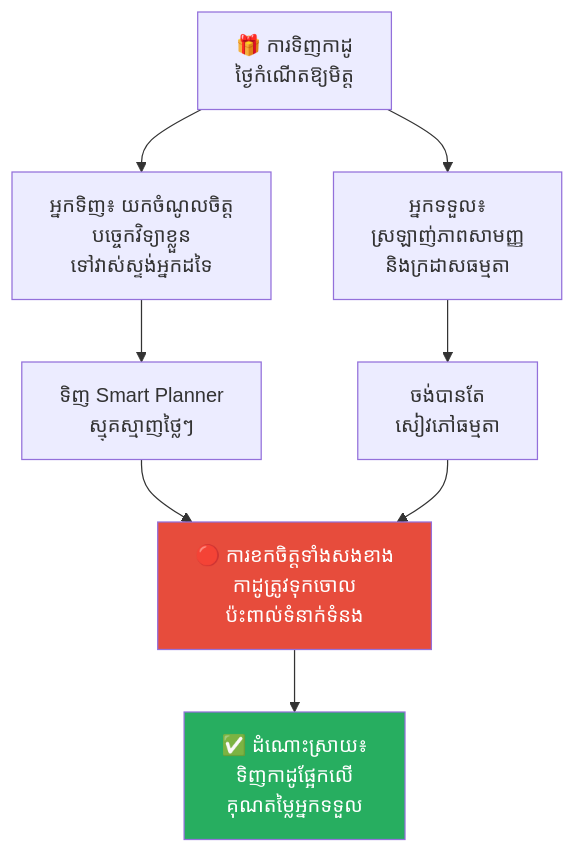
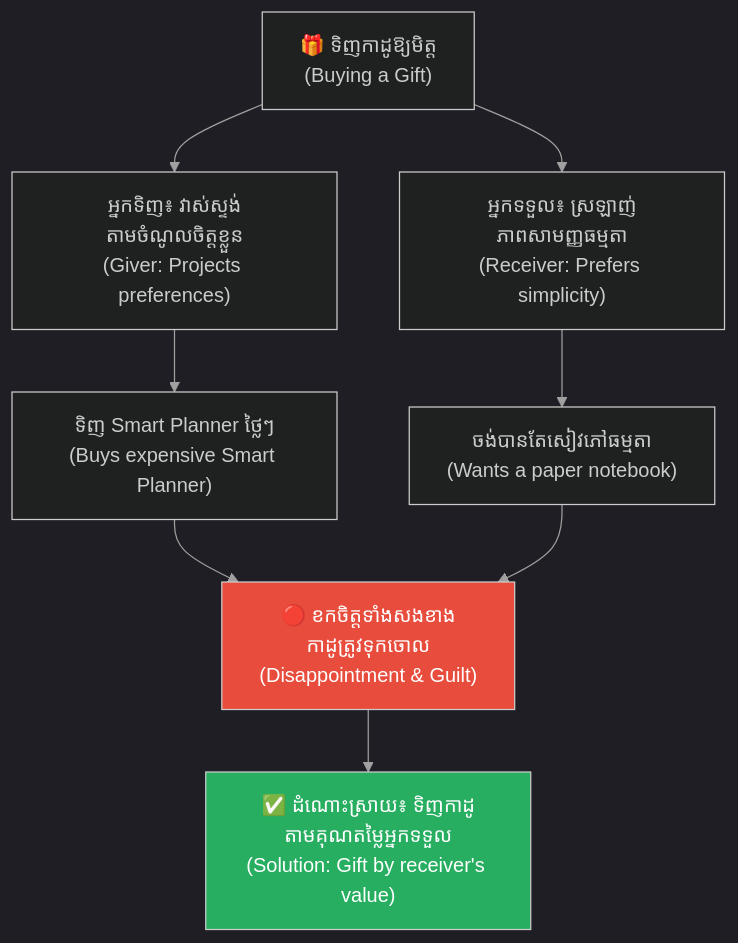
One commit to GuideStack/iblogger-feeds changed the first of 5 diagrams in feeds/concepts/articles/04-projection-effect.md. Above: the diagram before and after it, drawn with Mermaid. The commit also changed other lines of this file, not shown here.

````diff
--- a/feeds/concepts/articles/04-projection-effect.md
+++ b/feeds/concepts/articles/04-projection-effect.md
@@ -69,13 +109,22 @@
 ```mermaid
+%%{init: {
+  'theme': 'dark',
+  'themeVariables': {
+    'background': '#1e1e1e',
+    'primaryTextColor': '#ffffff',
+    'lineColor': '#a0a0a0'
+  },
+  'themeCSS': 'svg { background-color: #1e1e1e !important; padding: 1rem !important; border-radius: 8px !important; } .edgeLabel rect { fill: #1e1e1e !important; } text, tspan { fill: #ffffff !important; }'
+}}%%
 graph TD
-    A["🎁 ការទិញកាដូ<br/>ថ្ងៃកំណើតឱ្យមិត្ត"] --> B["អ្នកទិញ៖ យកចំណូលចិត្ត<br/>បច្ចេកវិទ្យាខ្លួន<br/>ទៅវាស់ស្ទង់អ្នកដទៃ"]
-    A --> C["អ្នកទទួល៖<br/>ស្រឡាញ់ភាពសាមញ្ញ<br/>និងក្រដាសធម្មតា"]
-    B --> D["ទិញ Smart Planner<br/>ស្មុគស្មាញថ្លៃៗ"]
-    C --> E["ចង់បានតែ<br/>សៀវភៅធម្មតា"]
-    D --> F["🔴 ការខកចិត្តទាំងសងខាង<br/>កាដូត្រូវទុកចោល<br/>ប៉ះពាល់ទំនាក់ទំនង"]
+    A["🎁 ទិញកាដូឱ្យមិត្ត<br/>(Buying a Gift)"] --> B["អ្នកទិញ៖ វាស់ស្ទង់<br/>តាមចំណូលចិត្តខ្លួន<br/>(Giver: Projects preferences)"]
+    A --> C["អ្នកទទួល៖ ស្រឡាញ់<br/>ភាពសាមញ្ញធម្មតា<br/>(Receiver: Prefers simplicity)"]
+    B --> D["ទិញ Smart Planner ថ្លៃៗ<br/>(Buys expensive Smart Planner)"]
+    C --> E["ចង់បានតែសៀវភៅធម្មតា<br/>(Wants a paper notebook)"]
+    D --> F["🔴 ខកចិត្តទាំងសងខាង<br/>កាដូត្រូវទុកចោល<br/>(Disappointment & Guilt)"]
     E --> F
-    F --> G["✅ ដំណោះស្រាយ៖<br/>ទិញកាដូផ្អែកលើ<br/>គុណតម្លៃអ្នកទទួល"]
+    F --> G["✅ ដំណោះស្រាយ៖ ទិញកាដូ<br/>តាមគុណតម្លៃអ្នកទទួល<br/>(Solution: Gift by receiver's value)"]
 
     style F fill:#e74c3c,color:#fff
     style G fill:#27ae60,color:#fff
 ```
````
